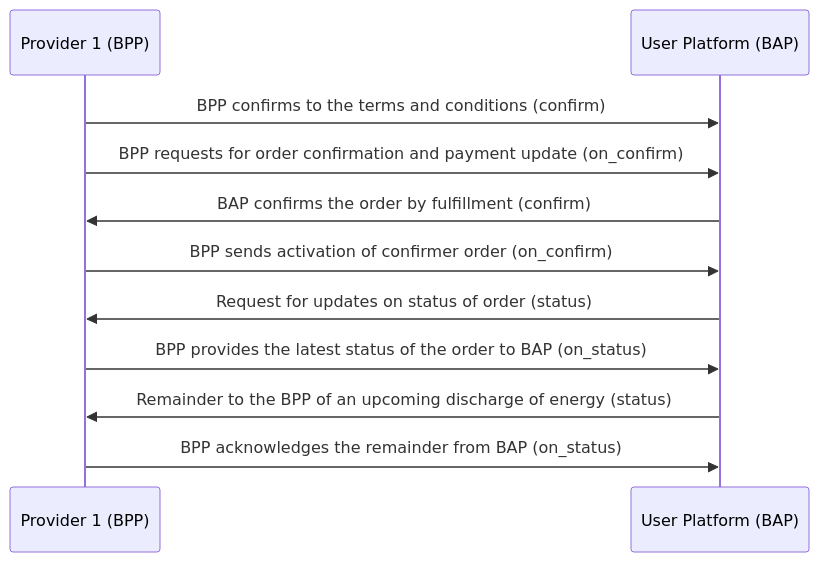
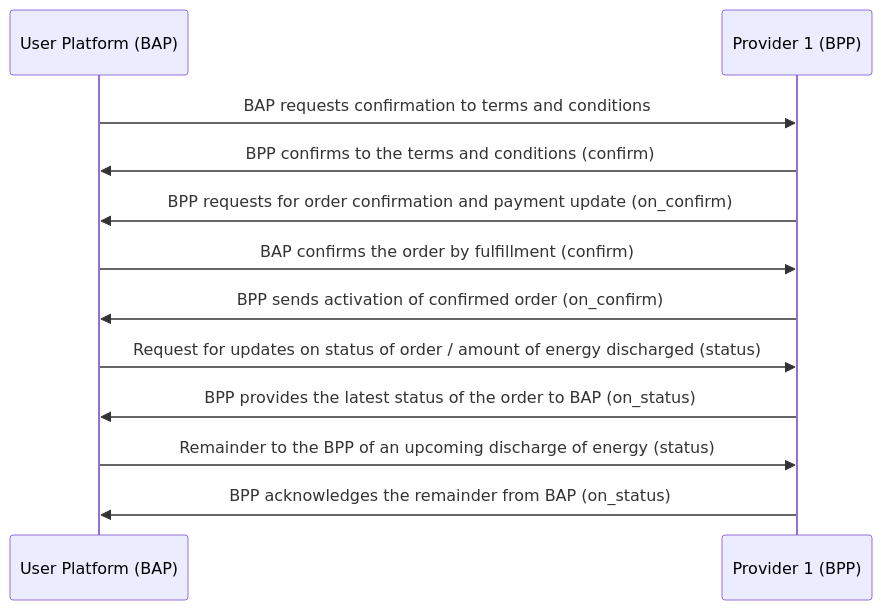
One commit to Sudheesh2609/DENT-Protocol changed the eighth of 8 diagrams in docs/implementation-guides/General_Energy_Transaction_1.md. Above: the diagram before and after it, drawn with Mermaid. The commit also changed other lines of this file, not shown here.

First line of the commit message:
Update General_Energy_Transaction_1.md

````diff
--- a/docs/implementation-guides/General_Energy_Transaction_1.md
+++ b/docs/implementation-guides/General_Energy_Transaction_1.md
@@ -216,11 +227,12 @@
 ```mermaid
     sequenceDiagram
+    User Platform (BAP)->>Provider 1 (BPP): BAP requests confirmation to terms and conditions
     Provider 1 (BPP)->>User Platform (BAP): BPP confirms to the terms and conditions (confirm)
     Provider 1 (BPP)->>User Platform (BAP): BPP requests for order confirmation and payment update (on_confirm)
     User Platform (BAP)->>Provider 1 (BPP): BAP confirms the order by fulfillment (confirm)
-    Provider 1 (BPP)->>User Platform (BAP): BPP sends activation of confirmer order (on_confirm)
-    User Platform (BAP)->>Provider 1 (BPP): Request for updates on status of order (status)
+    Provider 1 (BPP)->>User Platform (BAP): BPP sends activation of confirmed order (on_confirm)
+    User Platform (BAP)->>Provider 1 (BPP): Request for updates on status of order / amount of energy discharged (status)
     Provider 1 (BPP)->>User Platform (BAP): BPP provides the latest status of the order to BAP (on_status)
     User Platform (BAP)->>Provider 1 (BPP): Remainder to the BPP of an upcoming discharge of energy (status)
     Provider 1 (BPP)->>User Platform (BAP): BPP acknowledges the remainder from BAP (on_status)
 ```
````
